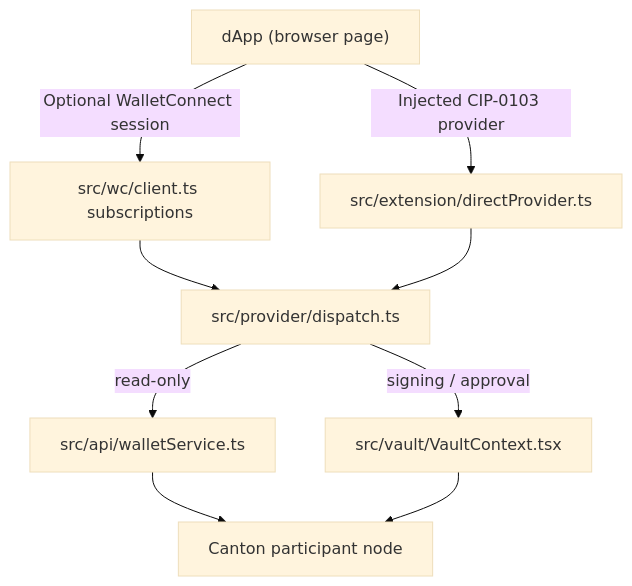
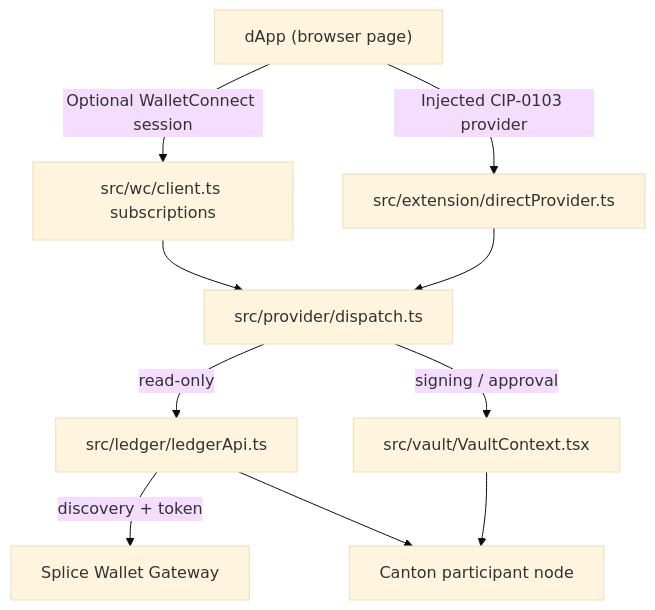
Before and after one commit to BootNodeDev/carpincho-wallet: the diagram in architecture.md, drawn with Mermaid (base theme). The commit also changed other lines of this file and 2 other files, not shown here.

Commit message:
docs: describe the wallet gateway data flow

````diff
--- a/architecture.md
+++ b/architecture.md
@@ -187,19 +192,21 @@
 ```mermaid
 flowchart TD
   dapp["dApp (browser page)"]
   wc["src/wc/client.ts subscriptions"]
   direct["src/extension/directProvider.ts"]
   dispatch["src/provider/dispatch.ts"]
-  api["src/api/walletService.ts"]
+  api["src/ledger/ledgerApi.ts"]
+  gw["Splice Wallet Gateway"]
   vault["src/vault/VaultContext.tsx"]
   canton["Canton participant node"]
 
   dapp -->|"Injected CIP-0103 provider"| direct
   dapp -->|"Optional WalletConnect session"| wc
   wc --> dispatch
   direct --> dispatch
   dispatch -->|"read-only"| api
   dispatch -->|"signing / approval"| vault
+  api -->|"discovery + token"| gw
   api --> canton
   vault --> canton
 ```
````
